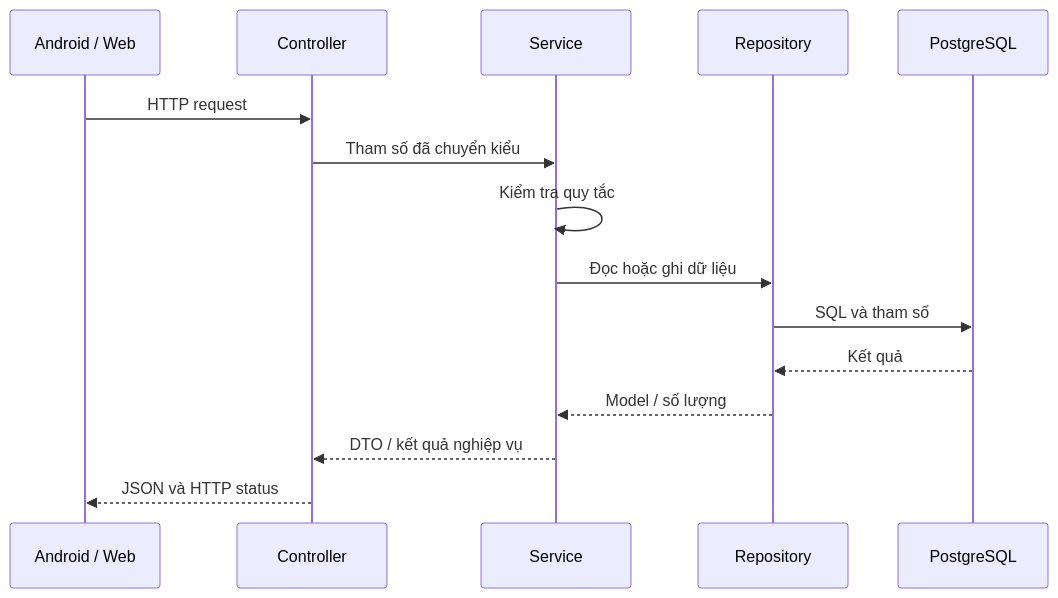
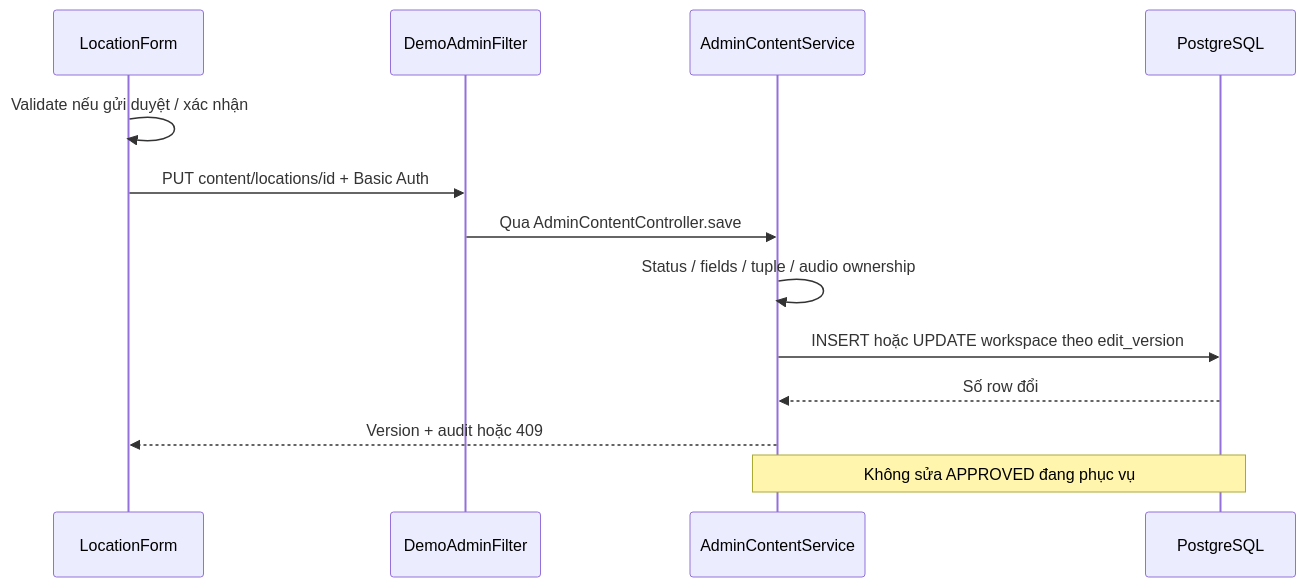
The fourth of 4 diagrams in docs/vi/DEMO_CODE_GUIDE.md (HuyTec/CNPM-Multilingual-Audio-Guide-2026-2027), drawn with Mermaid before and after one commit. The commit also changed other lines of this file and 17 other files, not shown here.

````diff
--- a/docs/vi/DEMO_CODE_GUIDE.md
+++ b/docs/vi/DEMO_CODE_GUIDE.md
@@ -131,17 +291,15 @@
 ```mermaid
 sequenceDiagram
-    participant Client as Android / Web
-    participant Controller
-    participant Service
-    participant Repository
+    participant F as LocationForm
+    participant A as DemoAdminFilter
+    participant S as AdminContentService
     participant DB as PostgreSQL
-    Client->>Controller: HTTP request
-    Controller->>Service: Tham số đã chuyển kiểu
-    Service->>Service: Kiểm tra quy tắc
-    Service->>Repository: Đọc hoặc ghi dữ liệu
-    Repository->>DB: SQL và tham số
-    DB-->>Repository: Kết quả
-    Repository-->>Service: Model / số lượng
-    Service-->>Controller: DTO / kết quả nghiệp vụ
-    Controller-->>Client: JSON và HTTP status
+    F->>F: Validate nếu gửi duyệt / xác nhận
+    F->>A: PUT content/locations/id + Basic Auth
+    A->>S: Qua AdminContentController.save
+    S->>S: Status / fields / tuple / audio ownership
+    S->>DB: INSERT hoặc UPDATE workspace theo edit_version
+    DB-->>S: Số row đổi
+    S-->>F: Version + audit hoặc 409
+    Note over S,DB: Không sửa APPROVED đang phục vụ
 ```
````
